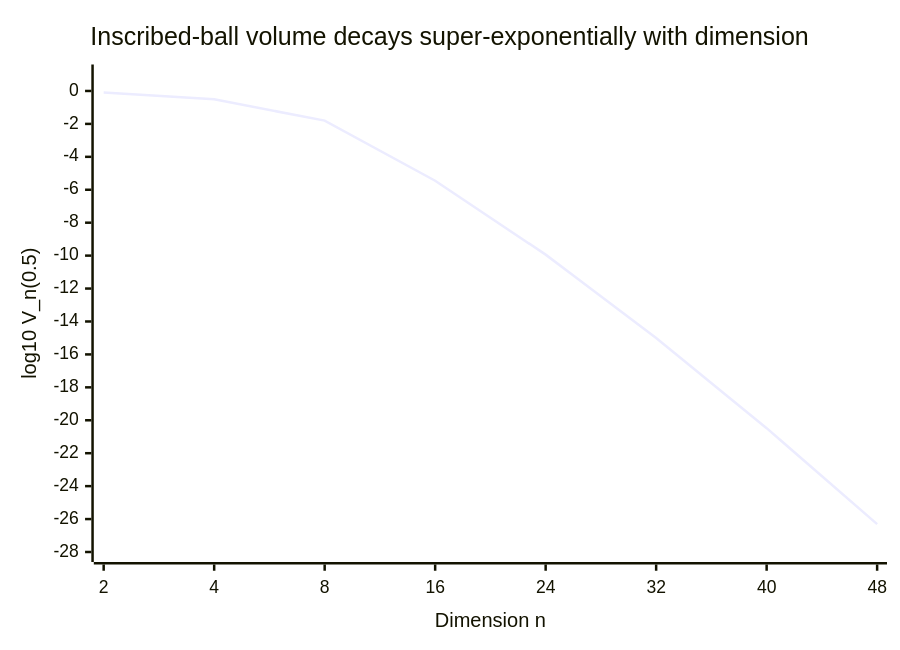
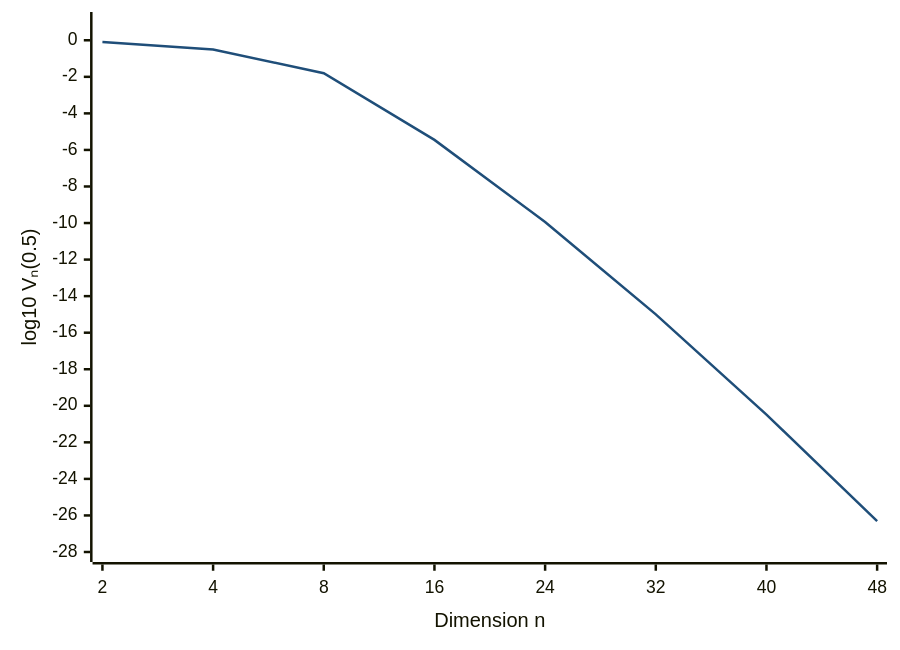
One commit to spectralbranding/sbt-papers changed the second of 3 diagrams in r5-specification-impossibility/paper.md. Above: the diagram before and after it, drawn with Mermaid. The commit also changed other lines of this file and 65 other files, not shown here.

````diff
--- a/r5-specification-impossibility/paper.md
+++ b/r5-specification-impossibility/paper.md
@@ -133,7 +133,7 @@
-```mermaid
+```{.mermaid width="62%"}
+%%{init: {"themeVariables": {"xyChart": {"plotColorPalette": "#1f4e79"}}}}%%
 xychart-beta
-    title "Inscribed-ball volume decays super-exponentially with dimension"
     x-axis "Dimension n" [2, 4, 8, 16, 24, 32, 40, 48]
-    y-axis "log10 V_n(0.5)" -28 --> 1
+    y-axis "log10 Vₙ(0.5)" -28 --> 1
     line [-0.10, -0.51, -1.80, -5.45, -9.94, -15.00, -20.48, -26.31]
 ```
````
